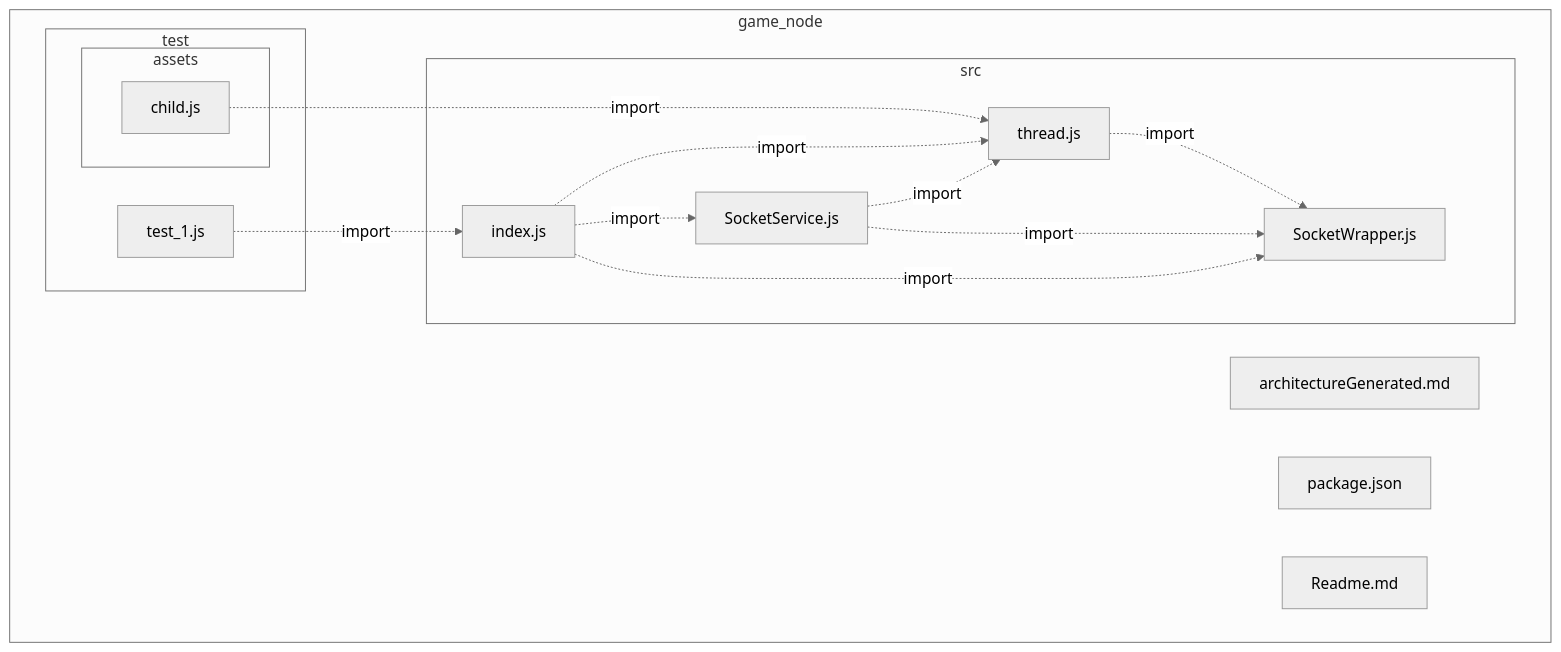
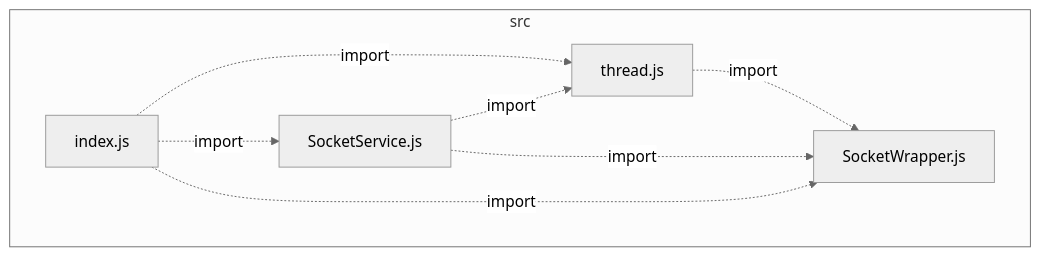
The diagram in packages/game_node/architectureGenerated.md (VCityTeam/UD-Viz), drawn with Mermaid (neutral theme) before and after one commit. The commit also changed 25 other files, not shown here.

Commit message:
update(doc):generate diagrams from *package*/src/

````diff
--- a/packages/game_node/architectureGenerated.md
+++ b/packages/game_node/architectureGenerated.md
@@ -1,28 +1,15 @@
 ```mermaid
 flowchart
- subgraph IDgame5fnode["game_node"]
-  IDgame5fnodeArchitectureGenerated2emd["architectureGenerated.md"]
-  IDgame5fnodePackage2ejson["package.json"]
-  IDgame5fnodeReadme2emd["Readme.md"]
-  subgraph IDgame5fnodeSrc["src"]
-   IDgame5fnodeSrcIndex2ejs["index.js"]
-   IDgame5fnodeSrcSocketService2ejs["SocketService.js"]
-   IDgame5fnodeSrcSocketWrapper2ejs["SocketWrapper.js"]
-   IDgame5fnodeSrcThread2ejs["thread.js"]
-  end
-  subgraph IDgame5fnodeTest["test"]
-   IDgame5fnodeTestTest5f12ejs["test_1.js"]
-   subgraph IDgame5fnodeTestAssets["assets"]
-    IDgame5fnodeTestAssetsChild2ejs["child.js"]
-   end
-  end
+ subgraph IDsrc["src"]
+  IDsrcIndex2ejs["index.js"]
+  IDsrcSocketService2ejs["SocketService.js"]
+  IDsrcSocketWrapper2ejs["SocketWrapper.js"]
+  IDsrcThread2ejs["thread.js"]
  end
-IDgame5fnodeSrcIndex2ejs-.->|import|IDgame5fnodeSrcThread2ejs
-IDgame5fnodeSrcIndex2ejs-.->|import|IDgame5fnodeSrcSocketService2ejs
-IDgame5fnodeSrcIndex2ejs-.->|import|IDgame5fnodeSrcSocketWrapper2ejs
-IDgame5fnodeSrcSocketService2ejs-.->|import|IDgame5fnodeSrcThread2ejs
-IDgame5fnodeSrcSocketService2ejs-.->|import|IDgame5fnodeSrcSocketWrapper2ejs
-IDgame5fnodeSrcThread2ejs-.->|import|IDgame5fnodeSrcSocketWrapper2ejs
-IDgame5fnodeTestTest5f12ejs-.->|import|IDgame5fnodeSrcIndex2ejs
-IDgame5fnodeTestAssetsChild2ejs-.->|import|IDgame5fnodeSrcThread2ejs
+IDsrcIndex2ejs-.->|import|IDsrcThread2ejs
+IDsrcIndex2ejs-.->|import|IDsrcSocketService2ejs
+IDsrcIndex2ejs-.->|import|IDsrcSocketWrapper2ejs
+IDsrcSocketService2ejs-.->|import|IDsrcThread2ejs
+IDsrcSocketService2ejs-.->|import|IDsrcSocketWrapper2ejs
+IDsrcThread2ejs-.->|import|IDsrcSocketWrapper2ejs
 ```
````
